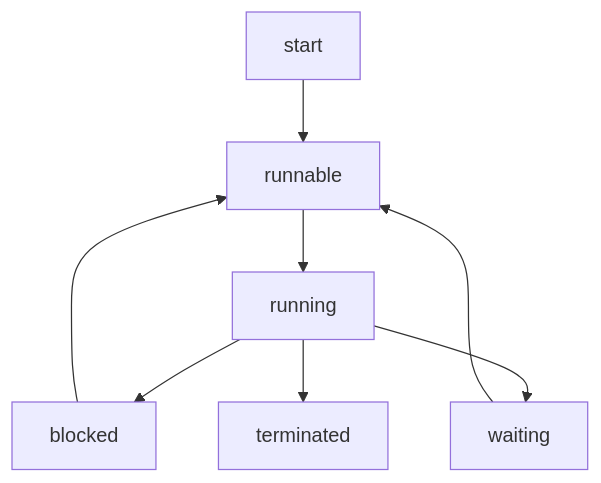
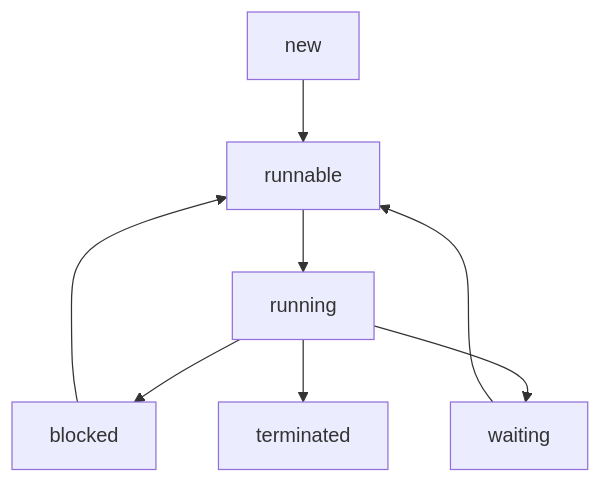
Before and after one commit to vitorvidaldev/small-projects: the diagram in Languages/Java/multithreading/multithreading.md, drawn with Mermaid. The commit also changed other lines of this file, not shown here.

````diff
--- a/Languages/Java/multithreading/multithreading.md
+++ b/Languages/Java/multithreading/multithreading.md
@@ -9,10 +9,10 @@
 ```mermaid
 graph TB;
-    start-->runnable;
+    new-->runnable;
     runnable-->running;
     running-->blocked;
     blocked-->runnable;
     running-->waiting;
     waiting-->runnable;
     running-->terminated;
 ```
````
